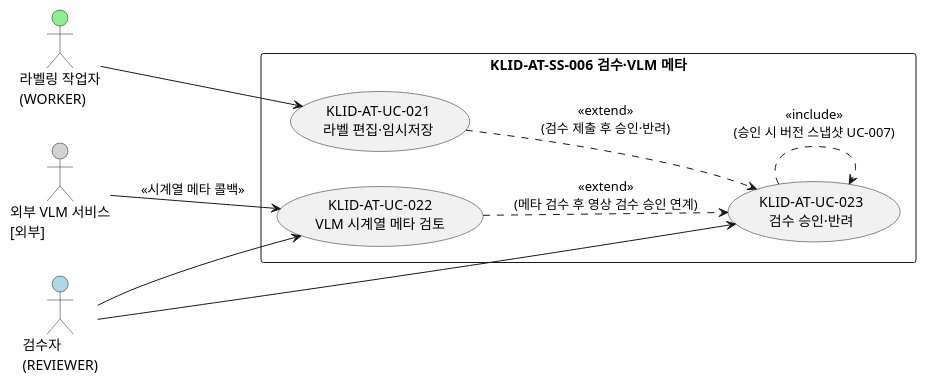
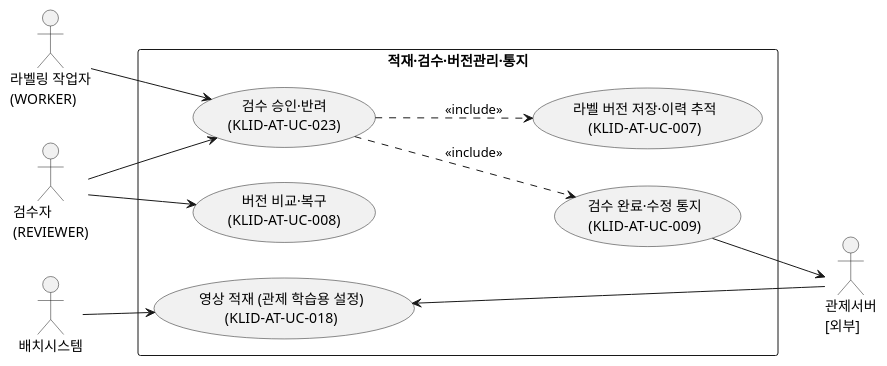
One commit to New-stella/klid-label changed the fifth of 5 diagrams in docs/design/R2-유스케이스명세서.md. Above: the diagram before and after it, drawn with PlantUML. The commit also changed other lines of this file and 7 other files, not shown here.

````diff
--- a/docs/design/R2-유스케이스명세서.md
+++ b/docs/design/R2-유스케이스명세서.md
@@ -231,24 +155,25 @@
 ```plantuml
-@startuml KLID-AT-UCD-006
+@startuml
 left to right direction
 skinparam packageStyle rectangle
-
-actor "라벨링 작업자\n(WORKER)" as WORKER #LightGreen
-actor "검수자\n(REVIEWER)" as REVIEWER #LightBlue
-actor "외부 VLM 서비스\n[외부]" as VLM #LightGray
-
-rectangle "KLID-AT-SS-006 검수·VLM 메타" {
-  usecase "KLID-AT-UC-021\n라벨 편집·임시저장" as UC021
-  usecase "KLID-AT-UC-022\nVLM 시계열 메타 검토" as UC022
-  usecase "KLID-AT-UC-023\n검수 승인·반려" as UC023
+actor "관제서버\n[외부]" as CTRL
+actor "배치시스템" as BATCH
+actor "검수자\n(REVIEWER)" as REVIEWER
+actor "라벨링 작업자\n(WORKER)" as WORKER
+rectangle "적재·검수·버전관리·통지" {
+  usecase "영상 적재 (관제 학습용 설정)\n(KLID-AT-UC-018)" as UC18
+  usecase "검수 승인·반려\n(KLID-AT-UC-023)" as UC23
+  usecase "라벨 버전 저장·이력 추적\n(KLID-AT-UC-007)" as UC7
+  usecase "버전 비교·복구\n(KLID-AT-UC-008)" as UC8
+  usecase "검수 완료·수정 통지\n(KLID-AT-UC-009)" as UC9
 }
-
-WORKER --> UC021
-REVIEWER --> UC022
-REVIEWER --> UC023
-VLM --> UC022 : <<시계열 메타 콜백>>
-UC021 ..> UC023 : <<extend>>\n(검수 제출 후 승인·반려)
-UC022 ..> UC023 : <<extend>>\n(메타 검수 후 영상 검수 승인 연계)
-UC023 ..> UC023 : <<include>>\n(승인 시 버전 스냅샷 UC-007)
+CTRL --> UC18
+BATCH --> UC18
+WORKER --> UC23
+REVIEWER --> UC23
+REVIEWER --> UC8
+UC23 ..> UC7 : <<include>>
+UC23 ..> UC9 : <<include>>
+UC9 --> CTRL
 @enduml
 ```
````
